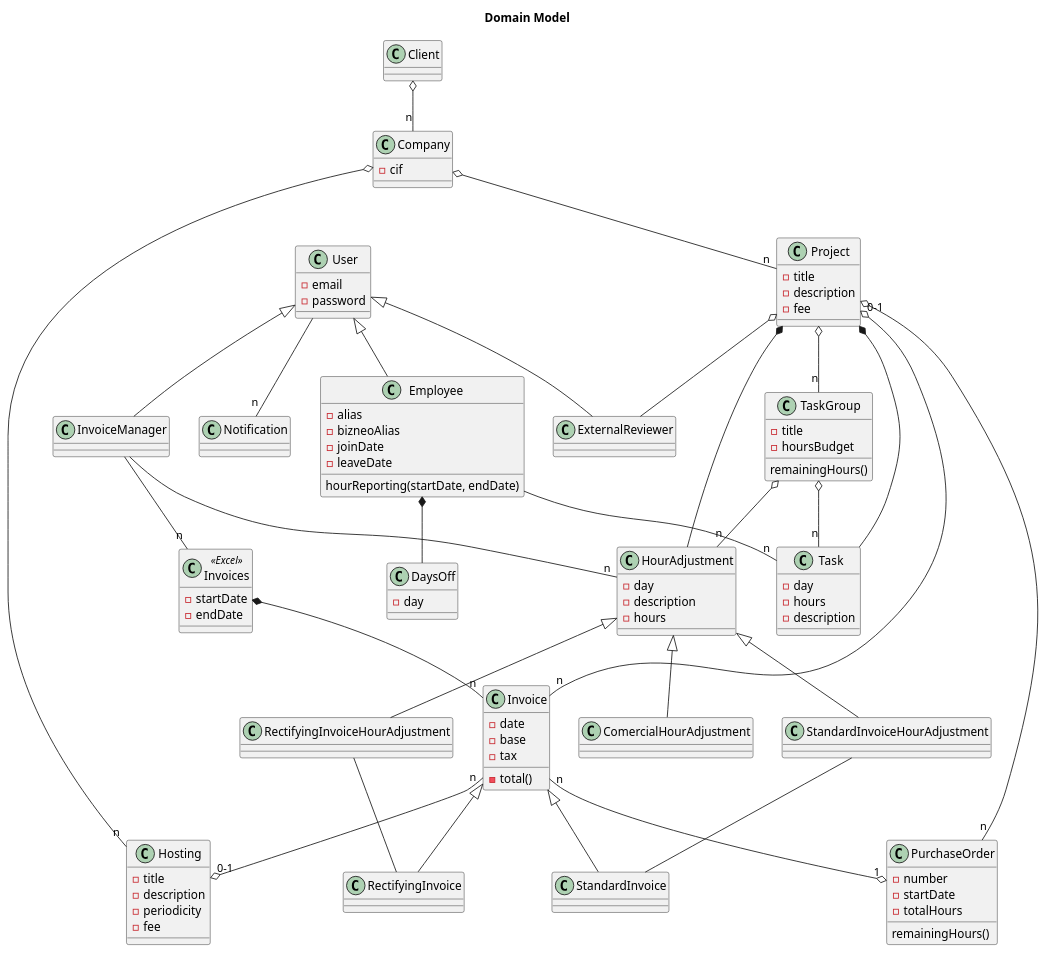
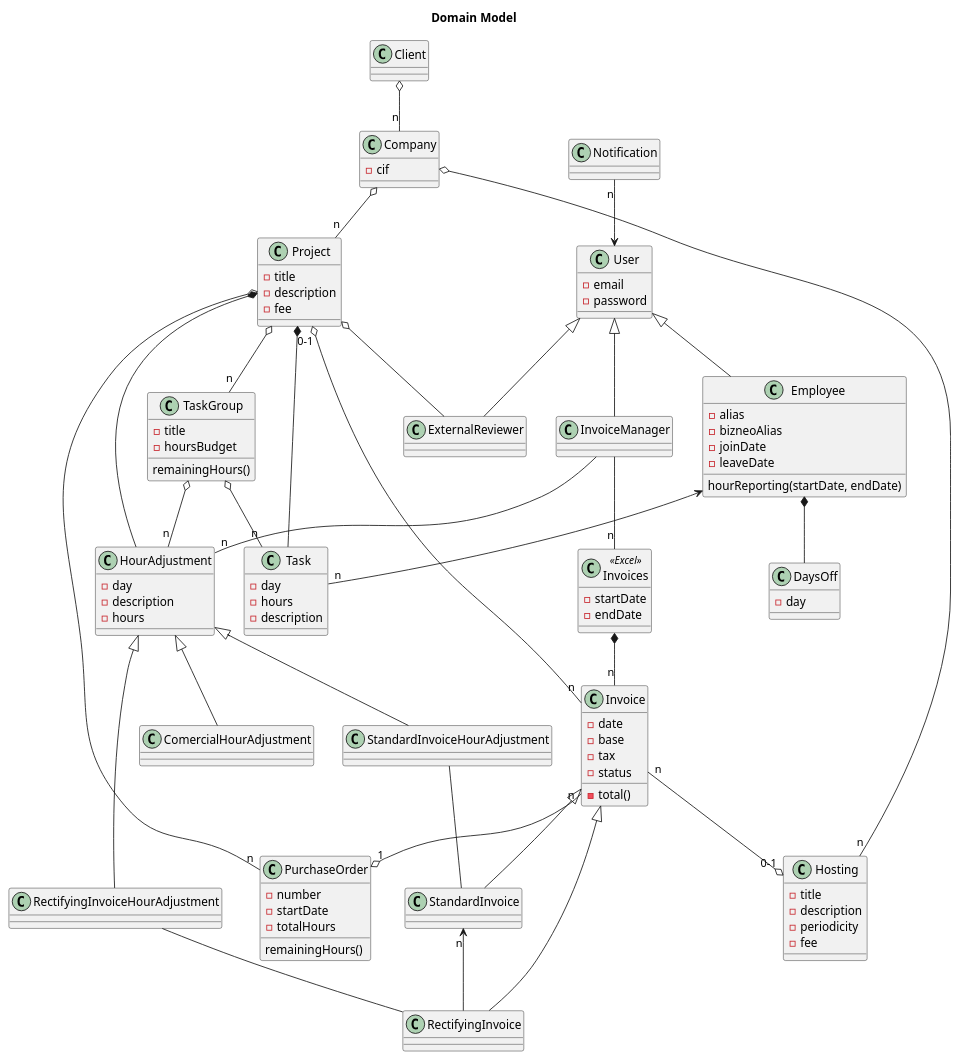
The diagram in docs/requirements.wsd (omatech/group-1-team-manager), drawn with PlantUML before and after one commit.

Commit message:
Update requirements

```diff
--- a/docs/requirements.wsd
+++ b/docs/requirements.wsd
@@ -1,96 +1,98 @@
 @startuml
 title Domain Model
 class HourAdjustment
 class Invoice
 class RectifyingInvoice
 class InvoiceManager
 class Notification
 class Employee{
 - alias
 - bizneoAlias
 - joinDate
 - leaveDate
 hourReporting(startDate, endDate)
 }
 class Hosting{
 - title
 - description
 - periodicity
 - fee
 }
 class Project{
 - title
 - description
 - fee
 }
 class PurchaseOrder{
 - number
 - startDate
 - totalHours
 remainingHours()
 }
 class Task{
 - day
 - hours
 - description
 }
 class HourAdjustment{
 - day
 - description
 - hours
 }
 class TaskGroup{
 - title
 - hoursBudget
 remainingHours()
 }
 class Invoice {
 - date
 - base
 - tax
+- status
 - total()
 }
 class Company{
 - cif
 }
 class DaysOff{
 - day
 }
 class Invoices <<Excel>> {
 - startDate
 - endDate
 }
 class User {
 - email
 - password
 }
 User <|-- Employee
 User <|-- ExternalReviewer
 User <|-- InvoiceManager
-User -- “n” Notification
+User <-up- “n” Notification
 Client o-- “n” Company
 Project o-- ExternalReviewer
 Project o-- “n” TaskGroup
 Project o-- “n” PurchaseOrder
 TaskGroup o-- “n” Task
 TaskGroup o-- “n” HourAdjustment
 Invoices  *-- “n” Invoice
 InvoiceManager -- “n” Invoices
 InvoiceManager -- “n” HourAdjustment
 Company o-- “n” Project
 Company o-- “n” Hosting
 Project *-- Task
 Project *-- HourAdjustment
 Project “0-1" o-- “n” Invoice
-Employee -- “n” Task
+Employee <-- “n” Task
 Invoice <|-- RectifyingInvoice
 Invoice <|-- StandardInvoice
+StandardInvoice "n"<-- RectifyingInvoice
 Invoice “n” --o “1" PurchaseOrder
 Invoice “n” --o “0-1" Hosting
 HourAdjustment <|-- StandardInvoiceHourAdjustment
 HourAdjustment <|-- ComercialHourAdjustment
 HourAdjustment <|-- RectifyingInvoiceHourAdjustment
 RectifyingInvoiceHourAdjustment -- RectifyingInvoice
 StandardInvoiceHourAdjustment -- StandardInvoice
 Employee *-- DaysOff
 @enduml
```
